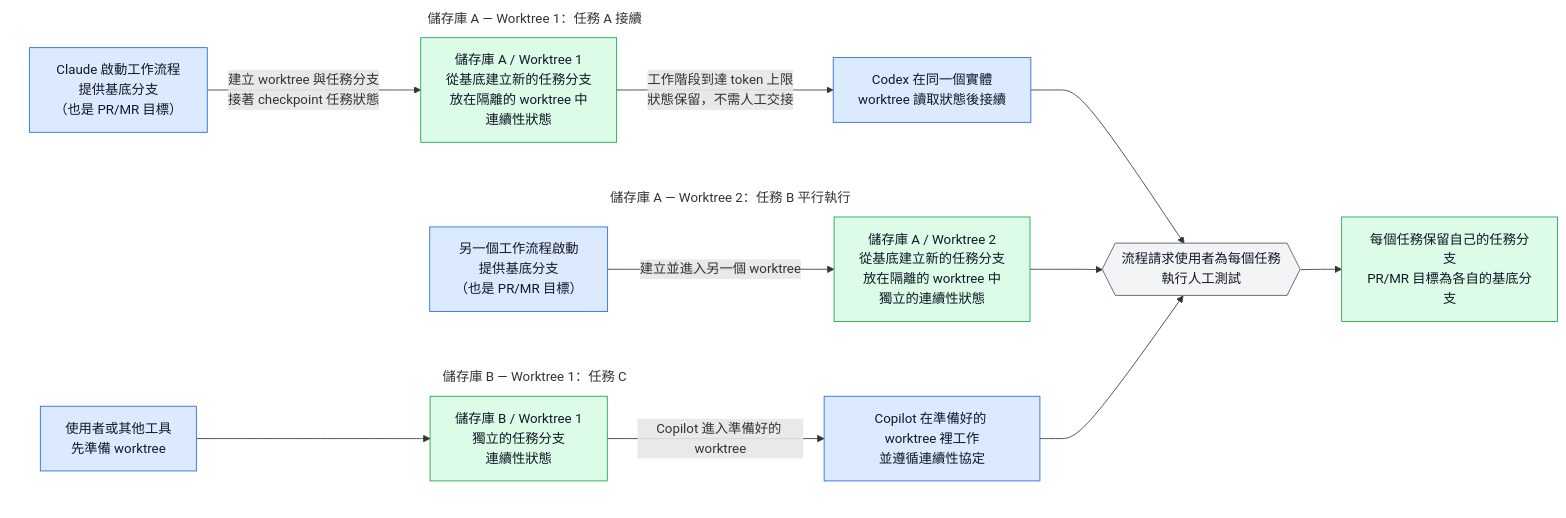
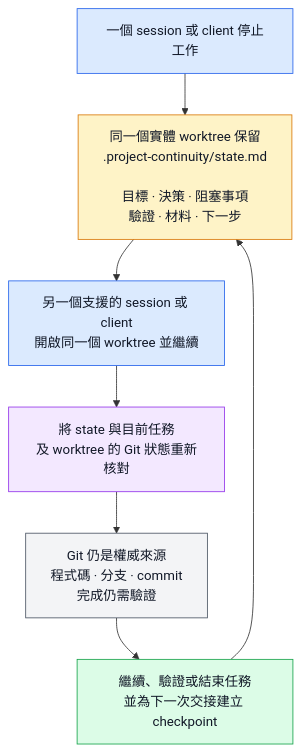
Before and after one commit to sherrilla71940/dotfiles: the third of 4 diagrams in README.zh-TW.md, drawn with Mermaid. The commit also changed other lines of this file and 1 other file, not shown here.

Commit message:
docs(readme): refine architecture diagram labels

````diff
--- a/README.zh-TW.md
+++ b/README.zh-TW.md
@@ -485,48 +165,17 @@
 ```mermaid
-%%{init: {"themeVariables": {"clusterBkg": "transparent"}, "flowchart": {"useMaxWidth": false}}}%%
-flowchart LR
-    subgraph taskA["儲存庫 A — Worktree 1：任務 A 接續"]
-        claudeA["Claude 啟動工作流程<br/>提供基底分支<br/>（也是 PR/MR 目標）"]
-        workA["儲存庫 A / Worktree 1<br/>從基底建立新的任務分支<br/>放在隔離的 worktree 中<br/>連續性狀態"]
-        codexA["Codex 在同一個實體<br/>worktree 讀取狀態後接續"]
-        claudeA -->|"建立 worktree 與任務分支<br/>接著 checkpoint 任務狀態"| workA
-        workA -->|"工作階段到達 token 上限<br/>狀態保留，不需人工交接"| codexA
-    end
+flowchart TD
+    stop["一個 session 或 client 停止工作"]:::handoff
+    persist["同一個實體 worktree 保留<br/>.project-continuity/state.md<br/><br/>目標 · 決策 · 阻塞事項<br/>驗證 · 材料 · 下一步"]:::state
+    resume["另一個支援的 session 或 client<br/>開啟同一個 worktree 並繼續"]:::handoff
+    reconcile["將 state 與目前任務<br/>及 worktree 的 Git 狀態重新核對"]:::check
+    git["Git 仍是權威來源<br/>程式碼 · 分支 · commit<br/>完成仍需驗證"]:::authority
+    continue["繼續、驗證或結束任務<br/>並為下一次交接建立 checkpoint"]:::work
 
-    subgraph taskB["儲存庫 A — Worktree 2：任務 B 平行執行"]
-        claudeB["另一個工作流程啟動<br/>提供基底分支<br/>（也是 PR/MR 目標）"]
-        workB["儲存庫 A / Worktree 2<br/>從基底建立新的任務分支<br/>放在隔離的 worktree 中<br/>獨立的連續性狀態"]
-        claudeB -->|"建立並進入另一個 worktree"| workB
-    end
+    stop --> persist --> resume --> reconcile --> git --> continue --> persist
 
-    subgraph taskC["儲存庫 B — Worktree 1：任務 C"]
-        prepC["使用者或其他工具<br/>先準備 worktree"]
-        workC["儲存庫 B / Worktree 1<br/>獨立的任務分支<br/>連續性狀態"]
-        copilotC["Copilot 在準備好的 worktree 裡工作<br/>並遵循連續性協定"]
-        prepC --> workC
-        workC -->|"Copilot 進入準備好的 worktree"| copilotC
-    end
-
-    gate{{"流程請求使用者為每個任務<br/>執行人工測試"}}
-    out["每個任務保留自己的任務分支<br/>PR/MR 目標為各自的基底分支"]
-
-    codexA --> gate
-    workB --> gate
-    copilotC --> gate
-    gate --> out
-
-    class claudeA,codexA,claudeB,prepC,copilotC input
-    class workA,workB,workC,out output
-    class gate control
-
-    classDef input fill:#dbeafe,stroke:#2563eb,color:#111827
-    classDef orchestration fill:#f3e8ff,stroke:#9333ea,color:#111827
-    classDef output fill:#dcfce7,stroke:#16a34a,color:#111827
-    classDef work fill:#fef3c7,stroke:#d97706,color:#111827
-    classDef control fill:#f3f4f6,stroke:#4b5563,color:#111827
-    classDef exception fill:#fee2e2,stroke:#dc2626,color:#111827
-
-    style taskA fill:none,stroke:transparent
-    style taskB fill:none,stroke:transparent
-    style taskC fill:none,stroke:transparent
+    classDef handoff fill:#dbeafe,stroke:#2563eb,color:#111827
+    classDef state fill:#fef3c7,stroke:#d97706,color:#111827
+    classDef check fill:#f3e8ff,stroke:#9333ea,color:#111827
+    classDef authority fill:#f3f4f6,stroke:#4b5563,color:#111827
+    classDef work fill:#dcfce7,stroke:#16a34a,color:#111827
 ```
````
